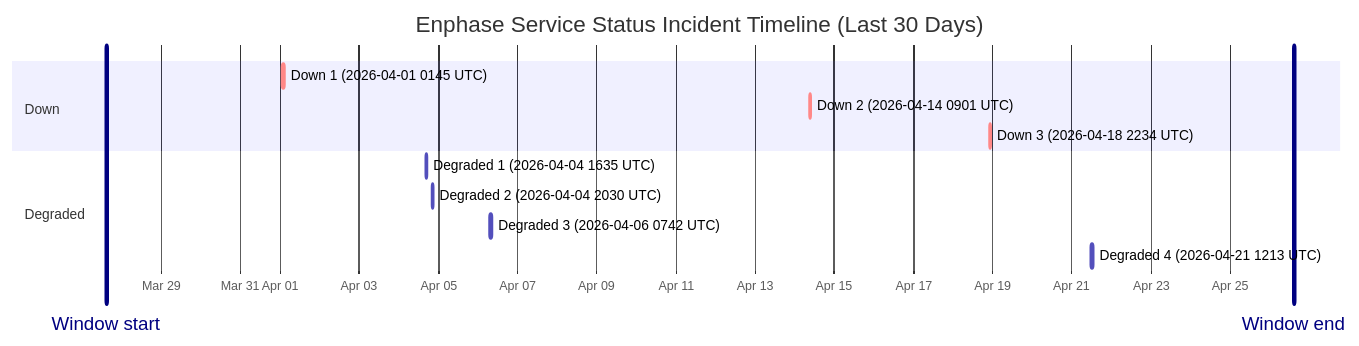
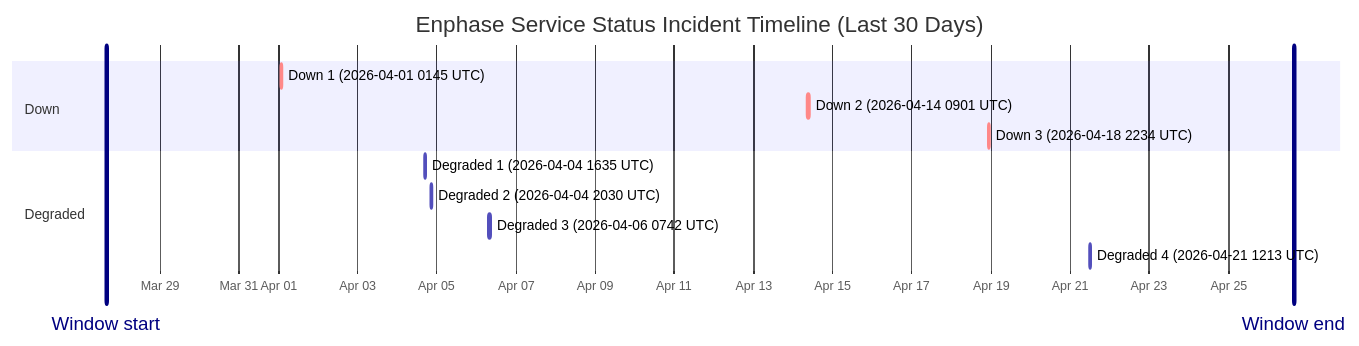
The diagram in wiki/Service-Status-History.md (barneyonline/ha-enphase-ev-charger), drawn with Mermaid before and after one commit. The commit also changed other lines of this file and 3 other files, not shown here.

````diff
--- a/wiki/Service-Status-History.md
+++ b/wiki/Service-Status-History.md
@@ -14,17 +14,17 @@
 ```mermaid
 gantt
     title Enphase Service Status Incident Timeline (Last 30 Days)
     dateFormat  YYYY-MM-DDTHH:mm:ss
     axisFormat  %b %d
-    Window start :vert, window-start, 2026-03-27T14:42:09, 0ms
-    Window end :vert, window-end, 2026-04-26T14:42:09, 0ms
+    Window start :vert, window-start, 2026-03-27T15:40:35, 0ms
+    Window end :vert, window-end, 2026-04-26T15:40:35, 0ms
     section Down
     Down 1 (2026-04-01 0145 UTC) :crit, down-1, 2026-04-01T01:45:09, 60m
     Down 2 (2026-04-14 0901 UTC) :crit, down-2, 2026-04-14T09:01:13, 60m
     Down 3 (2026-04-18 2234 UTC) :crit, down-3, 2026-04-18T22:34:13, 60m
     section Degraded
     Degraded 1 (2026-04-04 1635 UTC) :active, degraded-1, 2026-04-04T16:35:17, 60m
     Degraded 2 (2026-04-04 2030 UTC) :active, degraded-2, 2026-04-04T20:30:40, 60m
     Degraded 3 (2026-04-06 0742 UTC) :active, degraded-3, 2026-04-06T07:42:09, 85m
     Degraded 4 (2026-04-21 1213 UTC) :active, degraded-4, 2026-04-21T12:13:11, 60m
 ```
````
